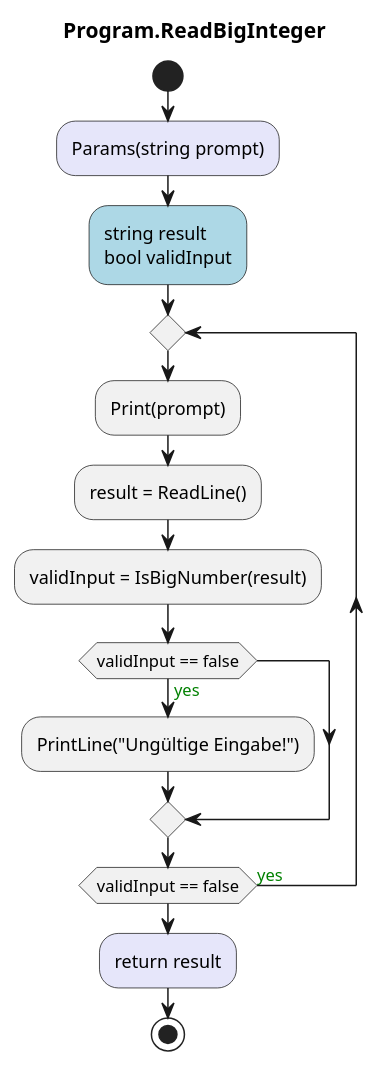
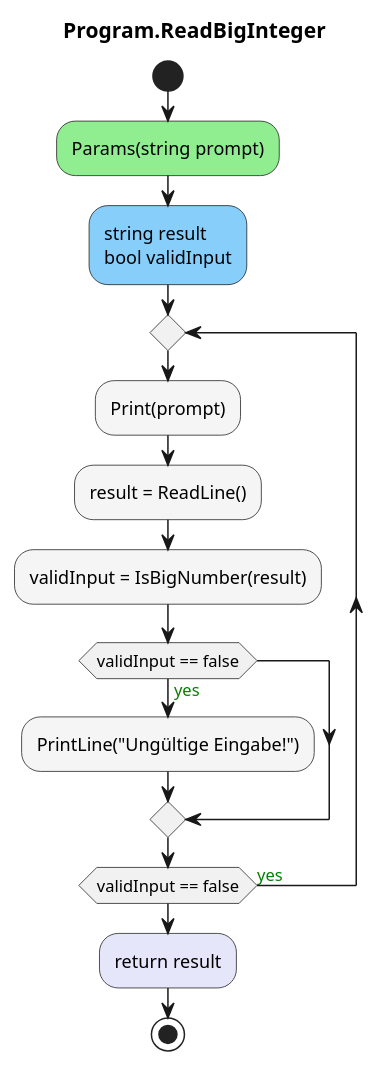
One commit to leoggehrer/2324-34_ABIF_ACIF_POSE changed the diagram in AddBigInteger.ConApp/diagrams/ac_Program_ReadBigInteger.puml. Above: the diagram before and after it, drawn with PlantUML. The commit also changed 11 other files, not shown here.

Commit message:
Tested sequence diagrams.

```diff
--- a/AddBigInteger.ConApp/diagrams/ac_Program_ReadBigInteger.puml
+++ b/AddBigInteger.ConApp/diagrams/ac_Program_ReadBigInteger.puml
@@ -1,17 +1,17 @@
 @startuml Program.ReadBigInteger
 title Program.ReadBigInteger
 start
-#Lavender:Params(string prompt);
-#LightBlue:string result
+#LightGreen:Params(string prompt);
+#LightSkyBlue:string result
 bool validInput;
 repeat
-    :Print(prompt);
-    :result = ReadLine();
-    :validInput = IsBigNumber(result);
+    #WhiteSmoke:Print(prompt);
+    #WhiteSmoke:result = ReadLine();
+    #WhiteSmoke:validInput = IsBigNumber(result);
     if (validInput == false) then (<color:green>yes)
-        :PrintLine("Ungültige Eingabe!");
+        #WhiteSmoke:PrintLine("Ungültige Eingabe!");
     endif
 repeat while (validInput == false) is (<color:green>yes)
 #Lavender:return result;
 stop
 @enduml
```
